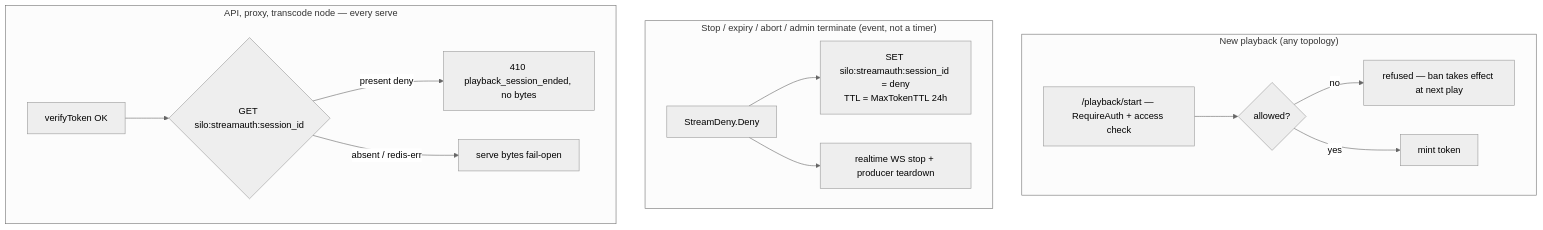
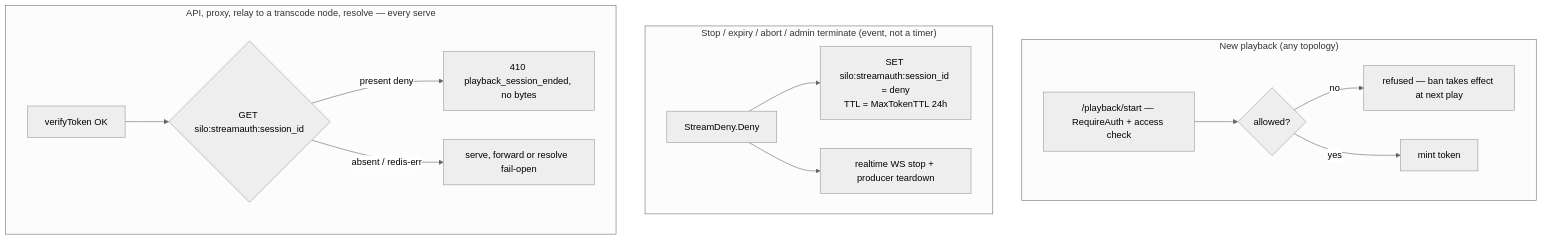
One commit to Silo-Server/silo-server changed the fourth of 5 diagrams in docs/architecture/restart-resilient-playback.md. Above: the diagram before and after it, drawn with Mermaid (neutral theme). The commit also changed other lines of this file and 303 other files, not shown here.

First line of the commit message:
feat(nodes): run transcode nodes without database, Redis or shared secrets

````diff
--- a/docs/architecture/restart-resilient-playback.md
+++ b/docs/architecture/restart-resilient-playback.md
@@ -666,17 +686,17 @@
 ```mermaid
 flowchart TD
     subgraph New["New playback (any topology)"]
         P["/playback/start — RequireAuth + access check"] --> PB{allowed?}
         PB -- no --> PR[refused — ban takes effect at next play]
         PB -- yes --> PM[mint token]
     end
     subgraph Admin["Stop / expiry / abort / admin terminate (event, not a timer)"]
         K[StreamDeny.Deny] --> WD[SET silo:streamauth:session_id = deny<br/>TTL = MaxTokenTTL 24h]
         K --> WS[realtime WS stop + producer teardown]
     end
-    subgraph Node["API, proxy, transcode node — every serve"]
+    subgraph Node["API, proxy, relay to a transcode node, resolve — every serve"]
         G[verifyToken OK] --> L{GET silo:streamauth:session_id}
         L -- present deny --> F[410 playback_session_ended, no bytes]
-        L -- absent / redis-err --> SV[serve bytes  fail-open]
+        L -- absent / redis-err --> SV[serve, forward or resolve  fail-open]
     end
 ```
````
